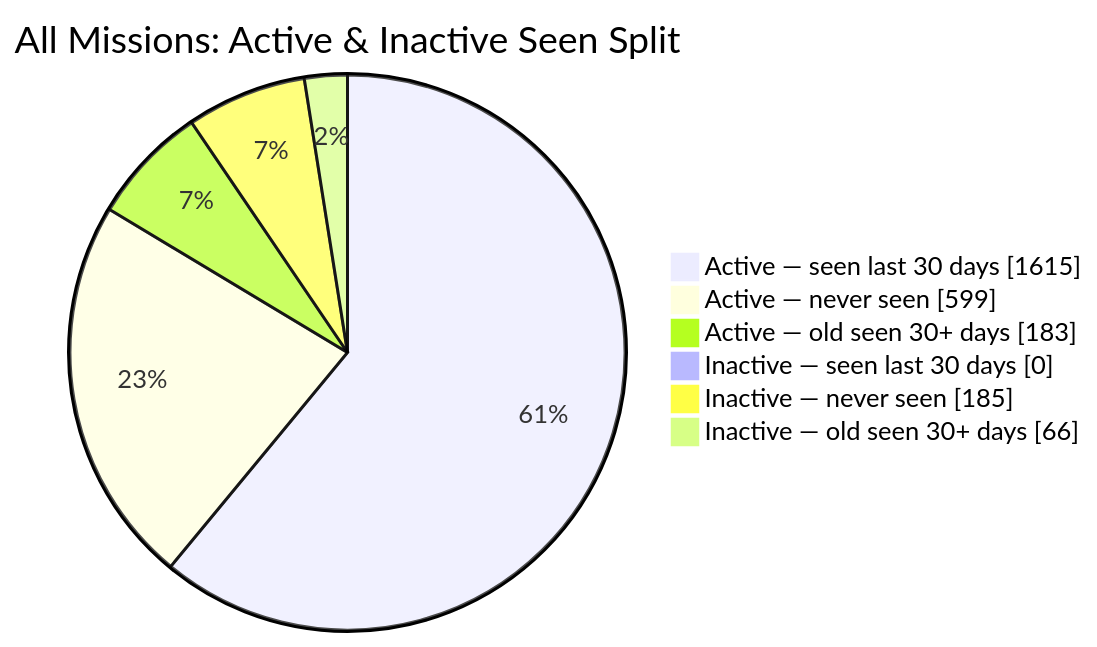
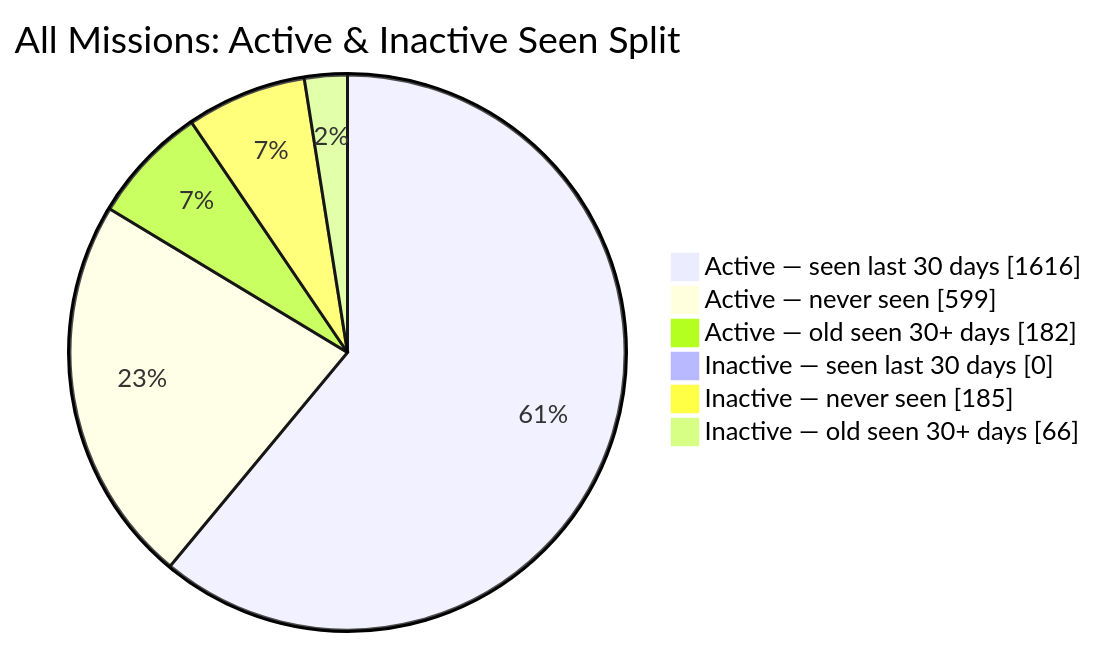
One commit to MeldkamerspelGameTeam/active-missions changed the second of 2 diagrams in README.md. Above: the diagram before and after it, drawn with Mermaid. The commit also changed other lines of this file and 3 other files, not shown here.

````diff
--- a/README.md
+++ b/README.md
@@ -44,10 +44,10 @@
 ```mermaid
 pie showData
     title All Missions: Active & Inactive Seen Split
-    "Active — seen last 30 days" : 1615
+    "Active — seen last 30 days" : 1616
     "Active — never seen" : 599
-    "Active — old seen 30+ days" : 183
+    "Active — old seen 30+ days" : 182
     "Inactive — seen last 30 days" : 0
     "Inactive — never seen" : 185
     "Inactive — old seen 30+ days" : 66
 ```
````
